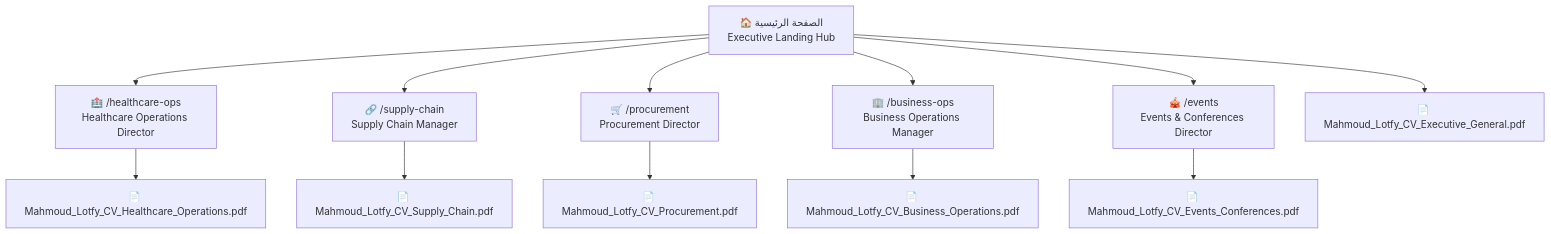
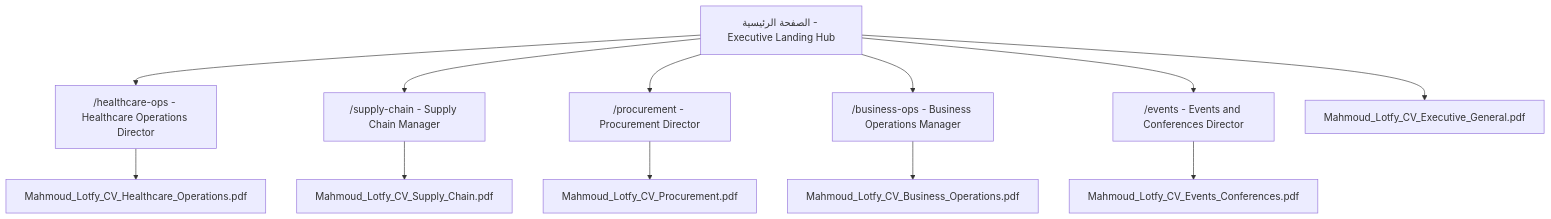
Before and after one commit to MLotfy88/mlotfy88.github.io: the diagram in WEBSITE_GUIDE.md, drawn with Mermaid. The commit also changed other lines of this file and 14 other files, not shown here.

````diff
--- a/WEBSITE_GUIDE.md
+++ b/WEBSITE_GUIDE.md
@@ -37,15 +48,15 @@
 ```mermaid
 graph TD
-    A["🏠 الصفحة الرئيسية<br/>Executive Landing Hub"] --> B["🏥 /healthcare-ops<br/>Healthcare Operations Director"]
-    A --> C["🔗 /supply-chain<br/>Supply Chain Manager"]
-    A --> D["🛒 /procurement<br/>Procurement Director"]
-    A --> E["🏢 /business-ops<br/>Business Operations Manager"]
-    A --> F["🎪 /events<br/>Events & Conferences Director"]
+    A["الصفحة الرئيسية - Executive Landing Hub"] --> B["/healthcare-ops - Healthcare Operations Director"]
+    A --> C["/supply-chain - Supply Chain Manager"]
+    A --> D["/procurement - Procurement Director"]
+    A --> E["/business-ops - Business Operations Manager"]
+    A --> F["/events - Events and Conferences Director"]
     
-    B --> G["📄 Mahmoud_Lotfy_CV_Healthcare_Operations.pdf"]
-    C --> H["📄 Mahmoud_Lotfy_CV_Supply_Chain.pdf"]
-    D --> I["📄 Mahmoud_Lotfy_CV_Procurement.pdf"]
-    E --> J["📄 Mahmoud_Lotfy_CV_Business_Operations.pdf"]
-    F --> K["📄 Mahmoud_Lotfy_CV_Events_Conferences.pdf"]
-    A --> L["📄 Mahmoud_Lotfy_CV_Executive_General.pdf"]
+    B --> G["Mahmoud_Lotfy_CV_Healthcare_Operations.pdf"]
+    C --> H["Mahmoud_Lotfy_CV_Supply_Chain.pdf"]
+    D --> I["Mahmoud_Lotfy_CV_Procurement.pdf"]
+    E --> J["Mahmoud_Lotfy_CV_Business_Operations.pdf"]
+    F --> K["Mahmoud_Lotfy_CV_Events_Conferences.pdf"]
+    A --> L["Mahmoud_Lotfy_CV_Executive_General.pdf"]
 ```
````
